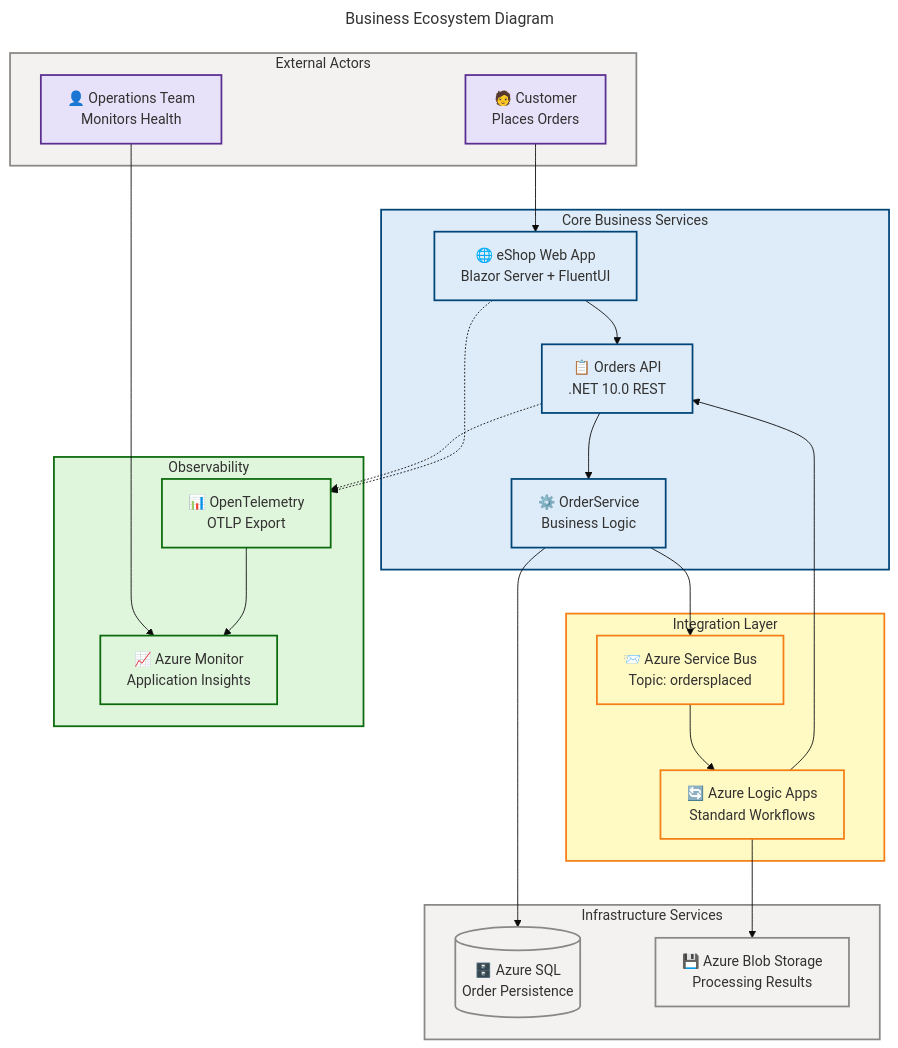
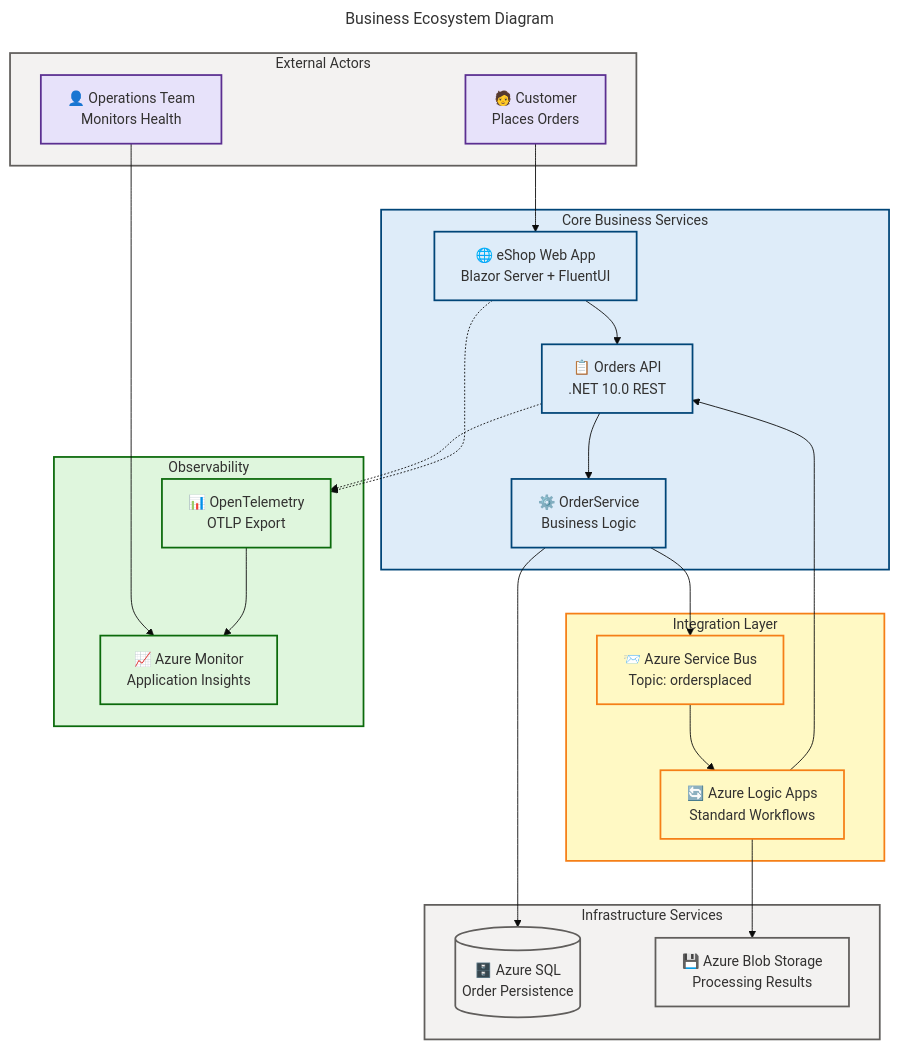
One commit to Evilazaro/Azure-LogicApps-Monitoring changed the fourth of 13 diagrams in docs/architecture/Business-Layer-Architecture.md. Above: the diagram before and after it, drawn with Mermaid. The commit also changed other lines of this file and 3 other files, not shown here.

Commit message:
docs: update neutral grey color definitions in architecture diagrams for improved consistency

````diff
--- a/docs/architecture/Business-Layer-Architecture.md
+++ b/docs/architecture/Business-Layer-Architecture.md
@@ -231,76 +231,76 @@
 ```mermaid
 ---
 title: "Business Ecosystem Diagram"
 config:
   theme: base
   themeVariables:
     fontSize: '16px'
 ---
 graph TB
     accTitle: Business Ecosystem Diagram
     accDescr: Shows the eShop Order Management platform within its broader ecosystem including external actors, core services, infrastructure services, and observability layer
 
     %% ═══════════════════════════════════════════════════════════════
     %% AZURE / FLUENT ARCHITECTURE PATTERN v1.1
     %% Generated: 2026-02-18T10:30:00Z
     %% Layer: Business
     %% Components: 11
     %% ═══════════════════════════════════════════════════════════════
 
     subgraph external ["External Actors"]
         customer["🧑 Customer<br/>Places Orders"]
         ops["👤 Operations Team<br/>Monitors Health"]
     end
 
     subgraph core ["Core Business Services"]
         webapp["🌐 eShop Web App<br/>Blazor Server + FluentUI"]
         api["📋 Orders API<br/>.NET 10.0 REST"]
         orderSvc["⚙️ OrderService<br/>Business Logic"]
     end
 
     subgraph integration ["Integration Layer"]
         sb["📨 Azure Service Bus<br/>Topic: ordersplaced"]
         la["🔄 Azure Logic Apps<br/>Standard Workflows"]
     end
 
     subgraph infra ["Infrastructure Services"]
         sql[("🗄️ Azure SQL<br/>Order Persistence")]
         blob["💾 Azure Blob Storage<br/>Processing Results"]
     end
 
     subgraph observability ["Observability"]
         otel["📊 OpenTelemetry<br/>OTLP Export"]
         monitor["📈 Azure Monitor<br/>Application Insights"]
     end
 
     customer --> webapp
     ops --> monitor
     webapp --> api
     api --> orderSvc
     orderSvc --> sql
     orderSvc --> sb
     sb --> la
     la --> api
     la --> blob
     otel --> monitor
     api -.-> otel
     webapp -.-> otel
 
-    style external fill:#F3F2F1,stroke:#8A8886,stroke-width:2px,color:#323130
+    style external fill:#F3F2F1,stroke:#605E5C,stroke-width:2px,color:#323130
     style core fill:#DEECF9,stroke:#004578,stroke-width:2px,color:#323130
     style integration fill:#FFF9C4,stroke:#F57F17,stroke-width:2px,color:#323130
-    style infra fill:#F3F2F1,stroke:#8A8886,stroke-width:2px,color:#323130
+    style infra fill:#F3F2F1,stroke:#605E5C,stroke-width:2px,color:#323130
     style observability fill:#DFF6DD,stroke:#0B6A0B,stroke-width:2px,color:#323130
 
     classDef actorStyle fill:#E7E2FA,stroke:#5B2F91,stroke-width:2px,color:#323130
     classDef serviceStyle fill:#DEECF9,stroke:#004578,stroke-width:2px,color:#323130
     classDef integrationStyle fill:#FFF9C4,stroke:#F57F17,stroke-width:2px,color:#323130
-    classDef infraStyle fill:#F3F2F1,stroke:#8A8886,stroke-width:2px,color:#323130
+    classDef infraStyle fill:#F3F2F1,stroke:#605E5C,stroke-width:2px,color:#323130
     classDef otelStyle fill:#DFF6DD,stroke:#0B6A0B,stroke-width:2px,color:#323130
 
     class customer,ops actorStyle
     class webapp,api,orderSvc serviceStyle
     class sb,la integrationStyle
     class sql,blob infraStyle
     class otel,monitor otelStyle
 ```
````
